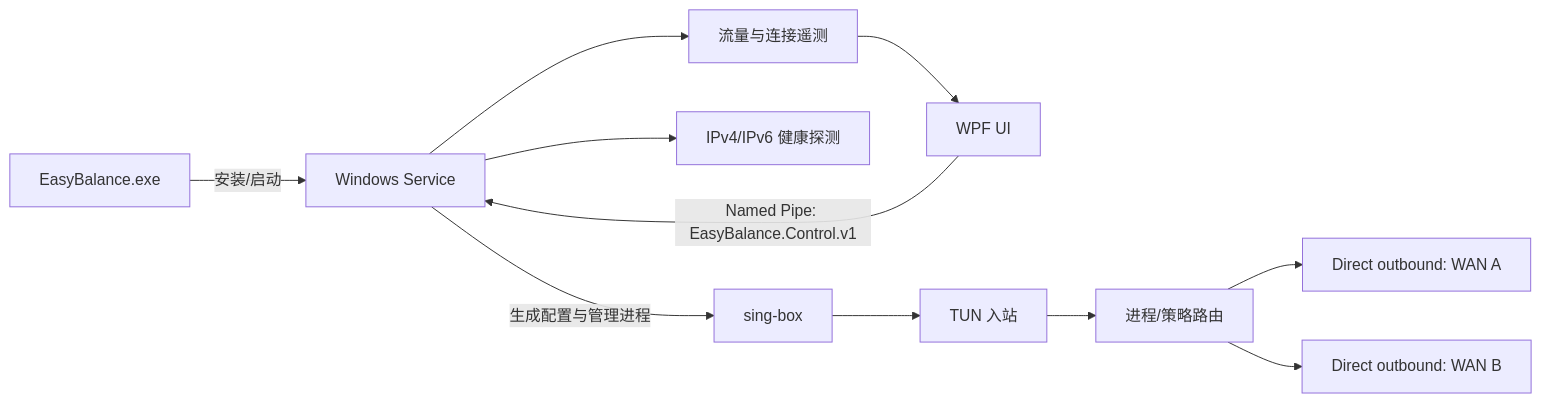
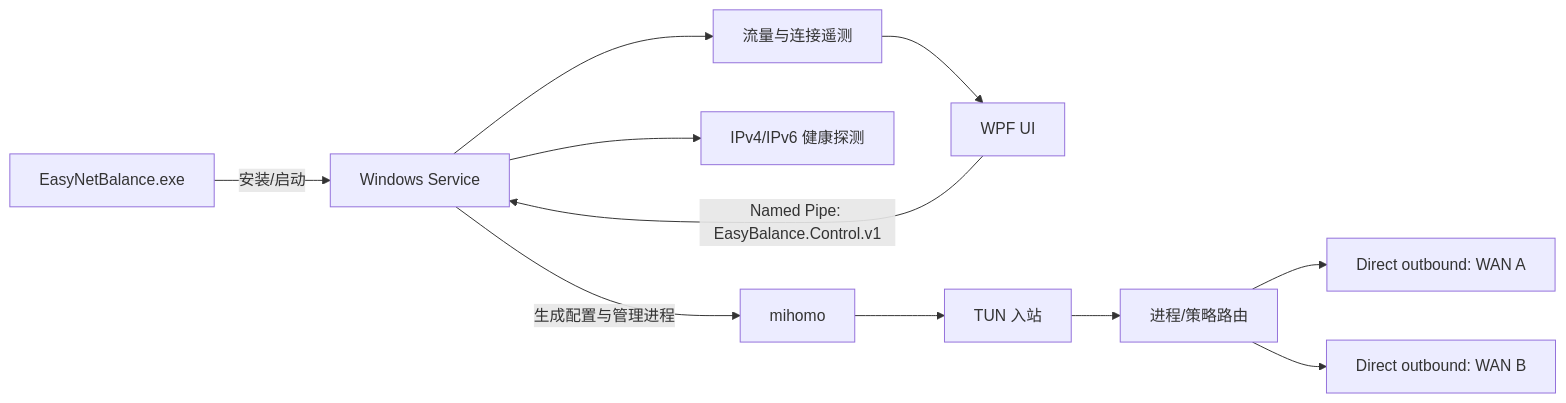
Before and after one commit to jung233/EasyNetBalance: the diagram in README.zh-CN.md, drawn with Mermaid. The commit also changed other lines of this file and 41 other files, not shown here.

Commit message:
Rewrite EasyNetBalance with Rust Tauri and Mihomo weighted bytes

````diff
--- a/README.zh-CN.md
+++ b/README.zh-CN.md
@@ -54,13 +54,13 @@
 ```mermaid
 flowchart LR
-    A[EasyBalance.exe] -->|安装/启动| B[Windows Service]
+    A[EasyNetBalance.exe] -->|安装/启动| B[Windows Service]
     C[WPF UI] -->|Named Pipe: EasyBalance.Control.v1| B
-    B -->|生成配置与管理进程| D[sing-box]
+    B -->|生成配置与管理进程| D[mihomo]
     D --> E[TUN 入站]
     E --> F[进程/策略路由]
     F --> G[Direct outbound: WAN A]
     F --> H[Direct outbound: WAN B]
     B --> I[IPv4/IPv6 健康探测]
     B --> J[流量与连接遥测]
     J --> C
 ```
````
